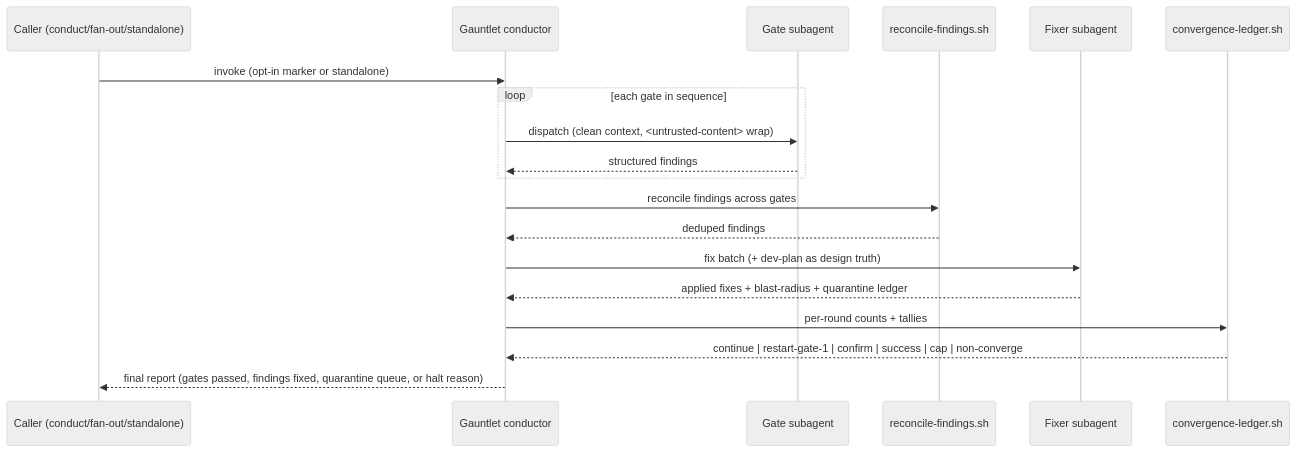
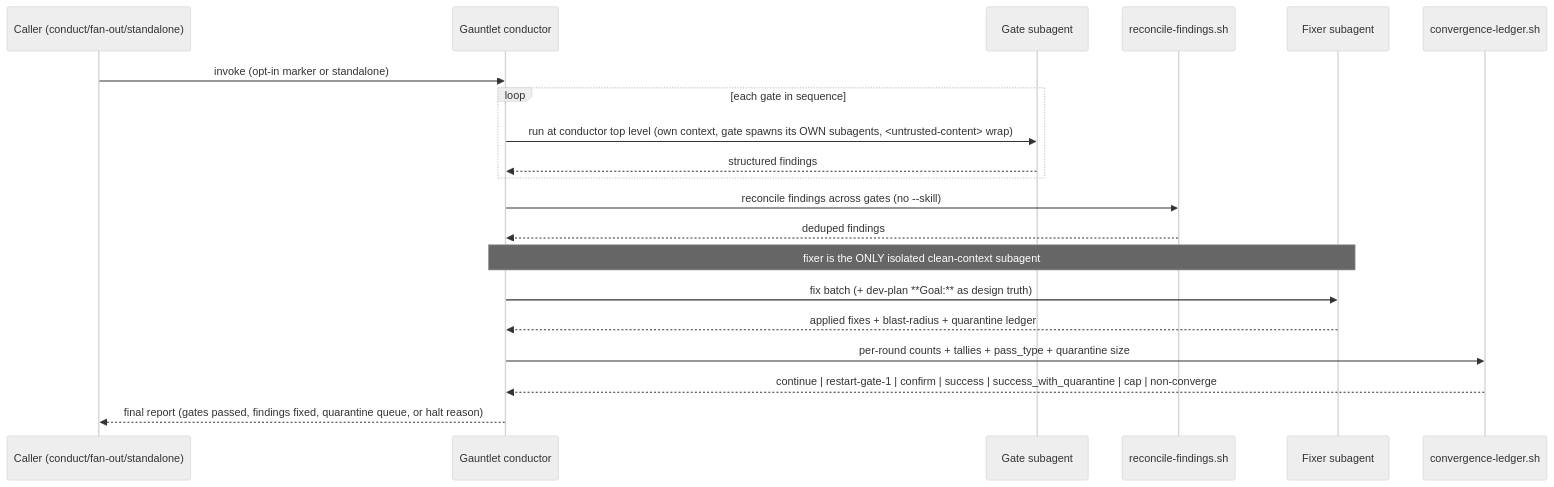
One commit to vr000m/skein changed the second of 2 diagrams in docs/dev_plans/20260707-feature-review-gauntlet-skill.md. Above: the diagram before and after it, drawn with Mermaid (neutral theme). The commit also changed other lines of this file, not shown here.

First line of the commit message:
docs(dev-plan): revise review-gauntlet plan per Codex + 5-lens review

````diff
--- a/docs/dev_plans/20260707-feature-review-gauntlet-skill.md
+++ b/docs/dev_plans/20260707-feature-review-gauntlet-skill.md
@@ -228,21 +252,22 @@
 ```mermaid
 sequenceDiagram
     participant C as Caller (conduct/fan-out/standalone)
     participant G as Gauntlet conductor
     participant GATE as Gate subagent
     participant R as reconcile-findings.sh
     participant F as Fixer subagent
     participant L as convergence-ledger.sh
     C->>G: invoke (opt-in marker or standalone)
     loop each gate in sequence
-        G->>GATE: dispatch (clean context, <untrusted-content> wrap)
+        G->>GATE: run at conductor top level (own context, gate spawns its OWN subagents, <untrusted-content> wrap)
         GATE-->>G: structured findings
     end
-    G->>R: reconcile findings across gates
+    G->>R: reconcile findings across gates (no --skill)
     R-->>G: deduped findings
-    G->>F: fix batch (+ dev-plan as design truth)
+    Note over G,F: fixer is the ONLY isolated clean-context subagent
+    G->>F: fix batch (+ dev-plan **Goal:** as design truth)
     F-->>G: applied fixes + blast-radius + quarantine ledger
-    G->>L: per-round counts + tallies
-    L-->>G: continue | restart-gate-1 | confirm | success | cap | non-converge
+    G->>L: per-round counts + tallies + pass_type + quarantine size
+    L-->>G: continue | restart-gate-1 | confirm | success | success_with_quarantine | cap | non-converge
     G-->>C: final report (gates passed, findings fixed, quarantine queue, or halt reason)
 ```
````
